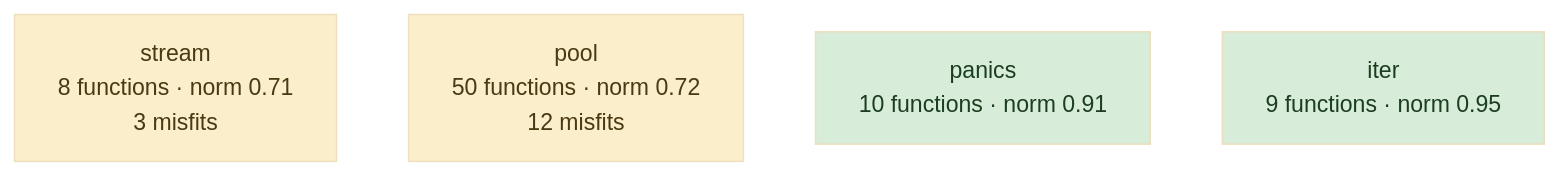
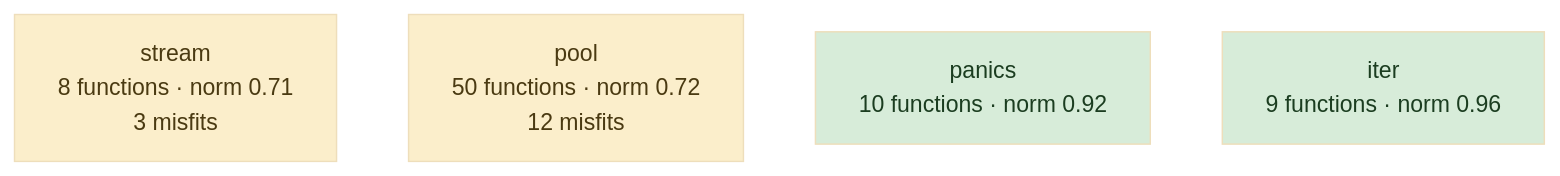
One commit to LukasSelin/doppel changed the third of 3 diagrams in examples/conc.md. Above: the diagram before and after it, drawn with Mermaid (base theme). The commit also changed other lines of this file and 9 other files, not shown here.

````diff
--- a/examples/conc.md
+++ b/examples/conc.md
@@ -106,12 +113,12 @@
 ```mermaid
 flowchart TD
     h0["stream<br/>8 functions · norm 0.71<br/>3 misfits"]
     h1["pool<br/>50 functions · norm 0.72<br/>12 misfits"]
-    h2["panics<br/>10 functions · norm 0.91"]
-    h3["iter<br/>9 functions · norm 0.95"]
+    h2["panics<br/>10 functions · norm 0.92"]
+    h3["iter<br/>9 functions · norm 0.96"]
     classDef good fill:#d7ecd9,color:#1b3d20
     classDef warn fill:#fbeecb,color:#4a3a12
     classDef hot fill:#f7d6d6,color:#4a1c1c
     class h2,h3 good
     class h0,h1 warn
 ```
````
